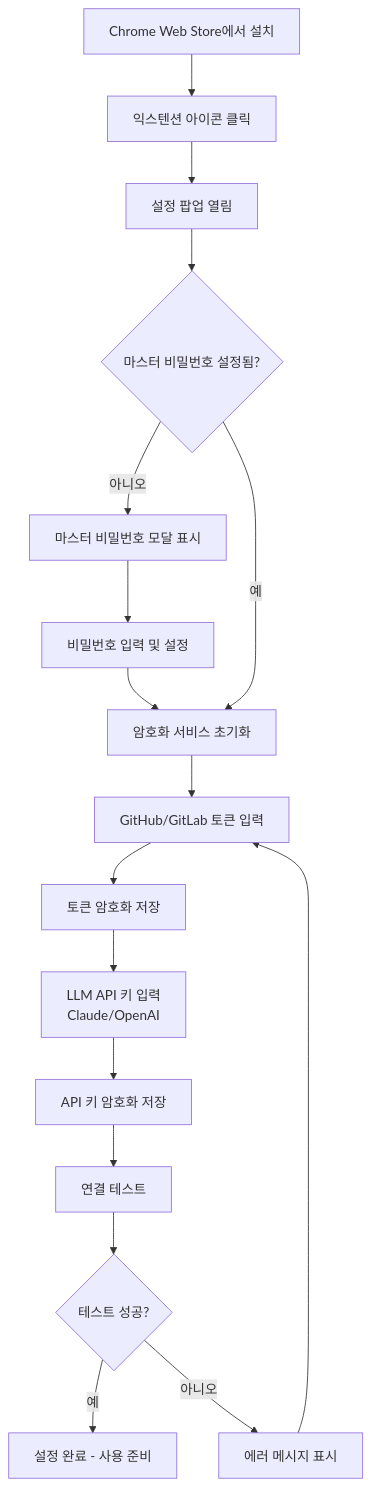
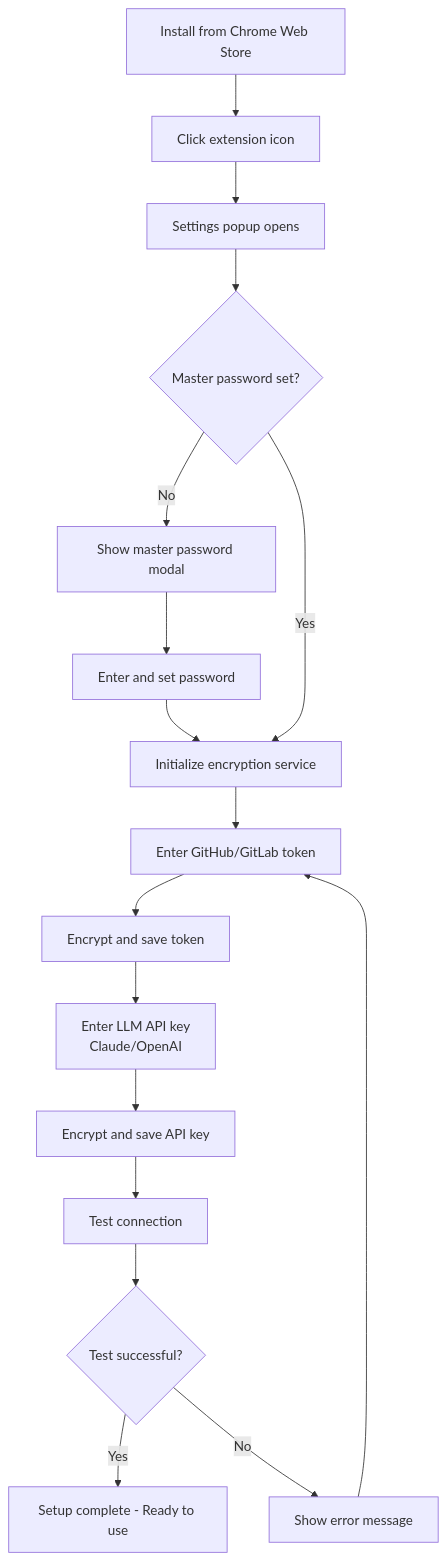
The first of 6 diagrams in docs/USER_FLOWS.md (sunio00000/review-to-instruction), drawn with Mermaid before and after one commit. The commit also changed other lines of this file and 10 other files, not shown here.

````diff
--- a/docs/USER_FLOWS.md
+++ b/docs/USER_FLOWS.md
@@ -21,19 +21,19 @@
 ```mermaid
 flowchart TD
-    A[Chrome Web Store에서 설치] --> B[익스텐션 아이콘 클릭]
-    B --> C[설정 팝업 열림]
-    C --> D{마스터 비밀번호 설정됨?}
-    D -->|아니오| E[마스터 비밀번호 모달 표시]
-    E --> F[비밀번호 입력 및 설정]
-    F --> G[암호화 서비스 초기화]
-    D -->|예| G
-    G --> H[GitHub/GitLab 토큰 입력]
-    H --> I[토큰 암호화 저장]
-    I --> J[LLM API 키 입력<br/>Claude/OpenAI]
-    J --> K[API 키 암호화 저장]
-    K --> L[연결 테스트]
-    L --> M{테스트 성공?}
-    M -->|예| N[설정 완료 - 사용 준비]
-    M -->|아니오| O[에러 메시지 표시]
+    A[Install from Chrome Web Store] --> B[Click extension icon]
+    B --> C[Settings popup opens]
+    C --> D{Master password set?}
+    D -->|No| E[Show master password modal]
+    E --> F[Enter and set password]
+    F --> G[Initialize encryption service]
+    D -->|Yes| G
+    G --> H[Enter GitHub/GitLab token]
+    H --> I[Encrypt and save token]
+    I --> J[Enter LLM API key<br/>Claude/OpenAI]
+    J --> K[Encrypt and save API key]
+    K --> L[Test connection]
+    L --> M{Test successful?}
+    M -->|Yes| N[Setup complete - Ready to use]
+    M -->|No| O[Show error message]
     O --> H
 ```
````
